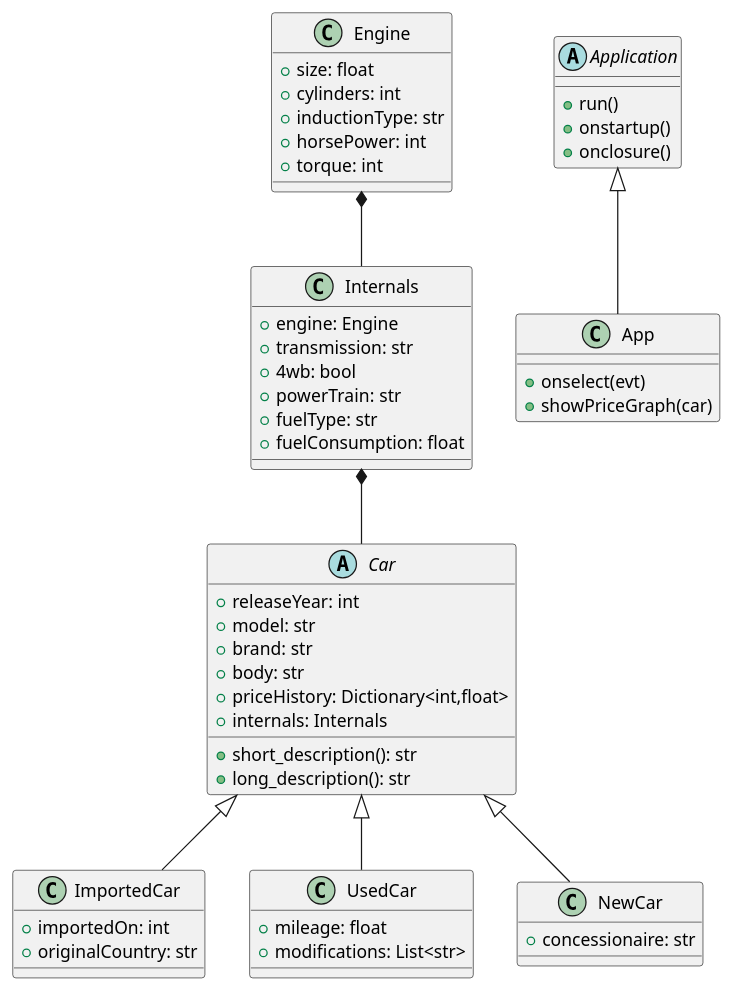
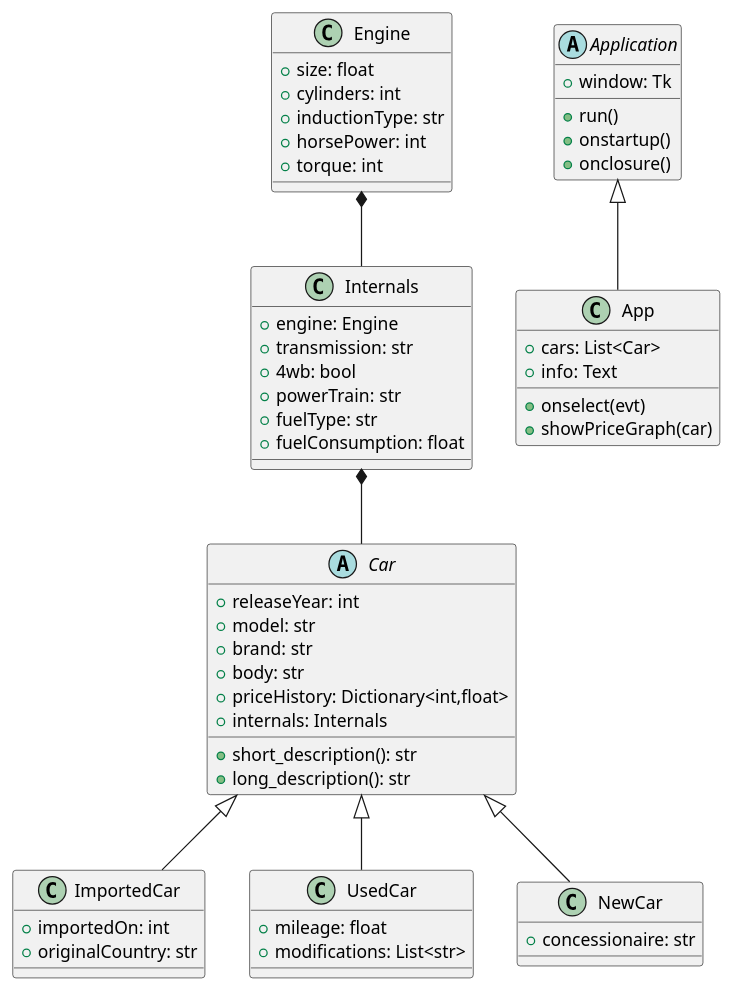
One commit to ooplata/carpedia changed the diagram in Carpedia.puml. Above: the diagram before and after it, drawn with PlantUML.

Commit message:
Added missing app members to UML

```diff
--- a/Carpedia.puml
+++ b/Carpedia.puml
@@ -1,58 +1,63 @@
 @startuml Project
 class ImportedCar extends Car {
     +importedOn: int
     +originalCountry: str
 }
 
 class UsedCar extends Car {
     +mileage: float
     +modifications: List<str>
 }
 
 class NewCar extends Car {
     +concessionaire: str
 }
 
 Engine *-- Internals
 Internals *-- Car
 
 abstract class Car {
     +releaseYear: int
     +model: str
     +brand: str
     +body: str
     +priceHistory: Dictionary<int,float>
     +internals: Internals
 
     +short_description(): str
     +long_description(): str
 }
 
 class Internals {
     +engine: Engine
     +transmission: str
     +4wb: bool
     +powerTrain: str
     +fuelType: str
     +fuelConsumption: float
 }
 
 class Engine {
     +size: float
     +cylinders: int
     +inductionType: str
     +horsePower: int
     +torque: int
 }
 
 abstract class Application {
+    +window: Tk
+
     +run()
     +onstartup()
     +onclosure()
 }
 
 class App extends Application {
+    +cars: List<Car>
+    +info: Text
+
     +onselect(evt)
     +showPriceGraph(car)
 }
 @enduml
```
